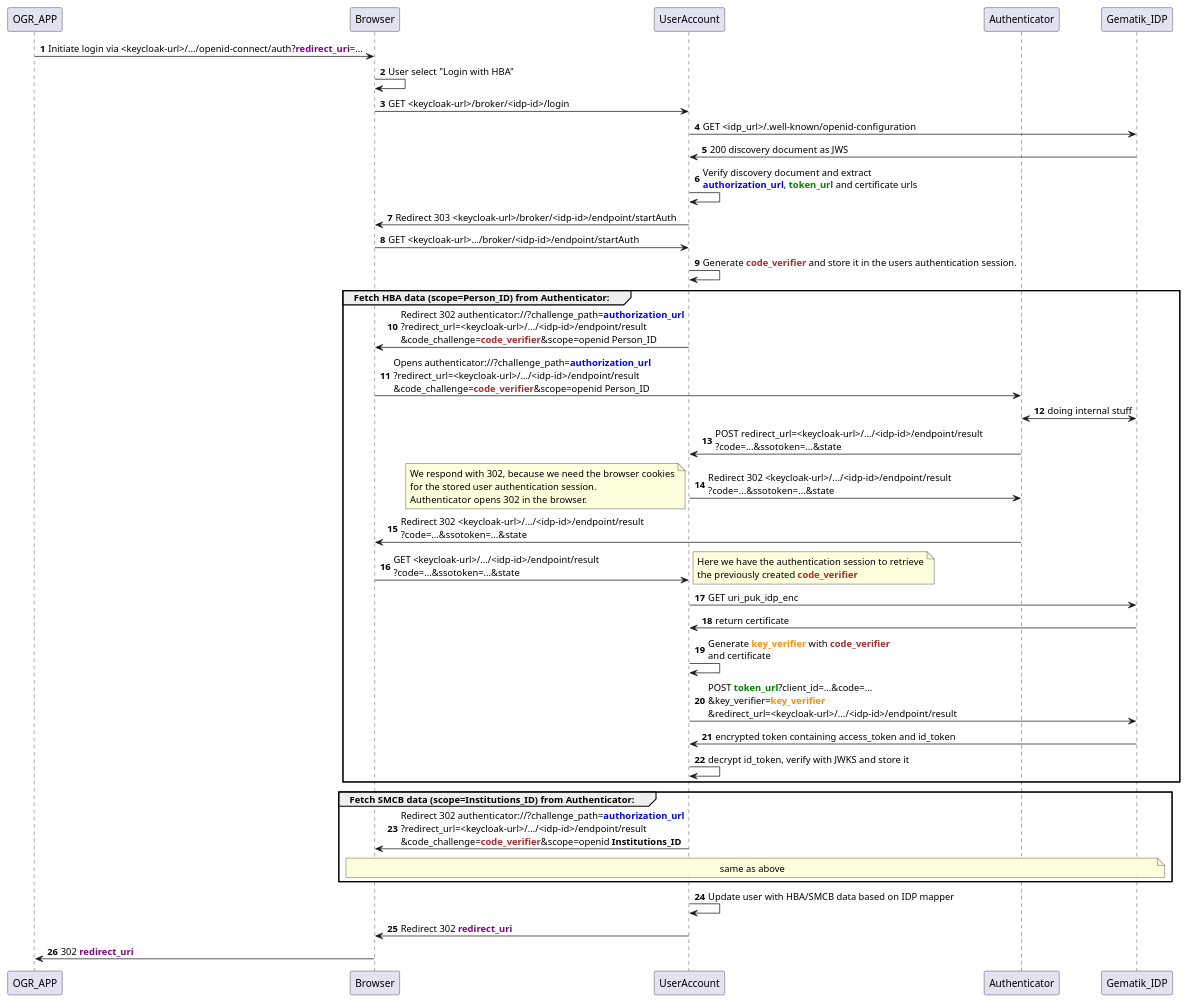
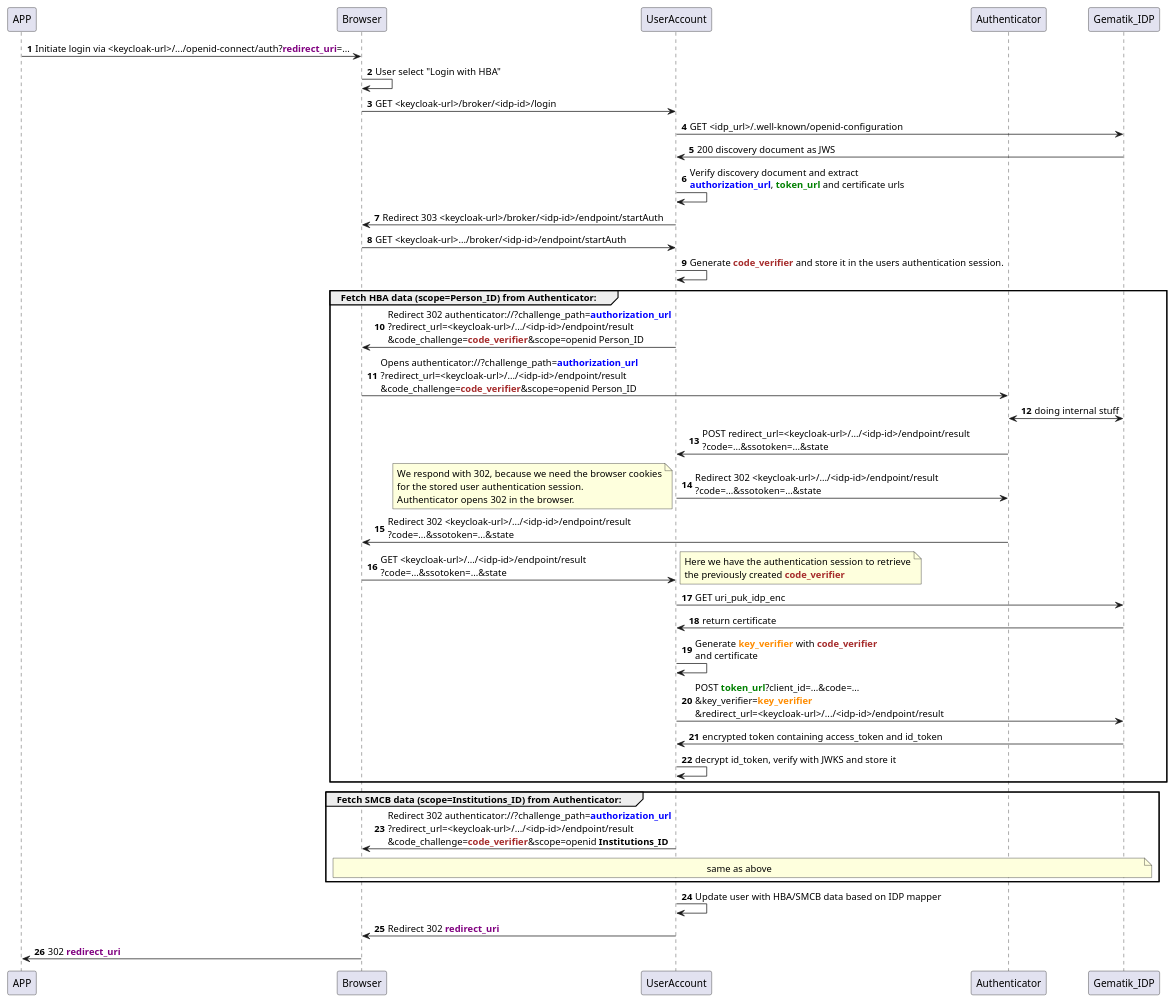
Before and after one commit to Bundesdruckerei-GmbH/Gematik-IDP: the diagram in docs/puml/old-authentication-flow.puml, drawn with PlantUML. The commit also changed 11 other files, not shown here.

```diff
--- a/docs/puml/old-authentication-flow.puml
+++ b/docs/puml/old-authentication-flow.puml
@@ -1,69 +1,69 @@
-@startuml ogr
+@startuml GematikIDP
 
-participant OGR_APP order 0
+participant APP order 0
 participant Browser order 1
 participant UserAccount order 2
 participant Authenticator order 3
 participant Gematik_IDP order 4
 
 autonumber
 
-OGR_APP -> Browser: Initiate login via <keycloak-url>/.../openid-connect/auth?<font color=purple><b>redirect_uri</font>=...
+APP -> Browser: Initiate login via <keycloak-url>/.../openid-connect/auth?<font color=purple><b>redirect_uri</font>=...
 Browser -> Browser: User select "Login with HBA"
 Browser -> UserAccount: GET <keycloak-url>/broker/<idp-id>/login
 UserAccount -> Gematik_IDP: GET <idp_url>/.well-known/openid-configuration
 Gematik_IDP -> UserAccount: 200 discovery document as JWS
 UserAccount -> UserAccount: Verify discovery document and extract\n\
 <font color=blue><b>authorization_url</font>, <font color=green><b>token_url</font> and certificate urls
 UserAccount -> Browser: Redirect 303 <keycloak-url>/broker/<idp-id>/endpoint/startAuth
 Browser -> UserAccount: GET <keycloak-url>.../broker/<idp-id>/endpoint/startAuth
 UserAccount -> UserAccount: Generate <font color=brown><b>code_verifier</font> and store it in the users authentication session.
 
 group Fetch HBA data (scope=<b>Person_ID</b>) from Authenticator:
 UserAccount -> Browser: Redirect 302 authenticator://?challenge_path=<font color=blue><b>authorization_url</font>\n\
 ?redirect_url=<keycloak-url>/.../<idp-id>/endpoint/result\n\
 &code_challenge=<font color=brown><b>code_verifier</font>&scope=openid Person_ID
 Browser -> Authenticator: Opens authenticator://?challenge_path=<font color=blue><b>authorization_url</font>\n\
 ?redirect_url=<keycloak-url>/.../<idp-id>/endpoint/result\n\
 &code_challenge=<font color=brown><b>code_verifier</font>&scope=openid Person_ID
 Authenticator <-> Gematik_IDP: doing internal stuff
 Authenticator -> UserAccount: POST redirect_url=<keycloak-url>/.../<idp-id>/endpoint/result\n\
 ?code=...&ssotoken=...&state
 UserAccount -> Authenticator: Redirect 302 <keycloak-url>/.../<idp-id>/endpoint/result\n\
 ?code=...&ssotoken=...&state
 note left
 We respond with 302, because we need the browser cookies
 for the stored user authentication session.
 Authenticator opens 302 in the browser.
 end note
 Authenticator -> Browser: Redirect 302 <keycloak-url>/.../<idp-id>/endpoint/result\n\
 ?code=...&ssotoken=...&state
 Browser -> UserAccount: GET <keycloak-url>/.../<idp-id>/endpoint/result\n\
 ?code=...&ssotoken=...&state
 note right
 Here we have the authentication session to retrieve
 the previously created <font color=brown><b>code_verifier</font>
 end note
 UserAccount -> Gematik_IDP: GET uri_puk_idp_enc
 Gematik_IDP -> UserAccount: return certificate
 UserAccount -> UserAccount: Generate <font color=darkorange><b>key_verifier</font> with <font color=brown><b>code_verifier</font>\n\
 and certificate
 UserAccount -> Gematik_IDP: POST <font color=green><b>token_url</font>?client_id=...&code=...\n\
 &key_verifier=<font color=darkorange><b>key_verifier</font>\n\
 &redirect_url=<keycloak-url>/.../<idp-id>/endpoint/result
 Gematik_IDP -> UserAccount: encrypted token containing access_token and id_token
 UserAccount -> UserAccount: decrypt id_token, verify with JWKS and store it
 end
 
 group Fetch SMCB data (scope=<b>Institutions_ID</b>) from Authenticator:
 UserAccount -> Browser: Redirect 302 authenticator://?challenge_path=<font color=blue><b>authorization_url</font>\n\
 ?redirect_url=<keycloak-url>/.../<idp-id>/endpoint/result\n\
 &code_challenge=<font color=brown><b>code_verifier</font>&scope=openid <b>Institutions_ID</b>
 note over Browser, Gematik_IDP: same as above
 end
 
 UserAccount -> UserAccount: Update user with HBA/SMCB data based on IDP mapper
 UserAccount -> Browser: Redirect 302 <font color=purple><b>redirect_uri</font>
-Browser -> OGR_APP: 302 <font color=purple><b>redirect_uri</font>
+Browser -> APP: 302 <font color=purple><b>redirect_uri</font>
 
 @enduml
```
